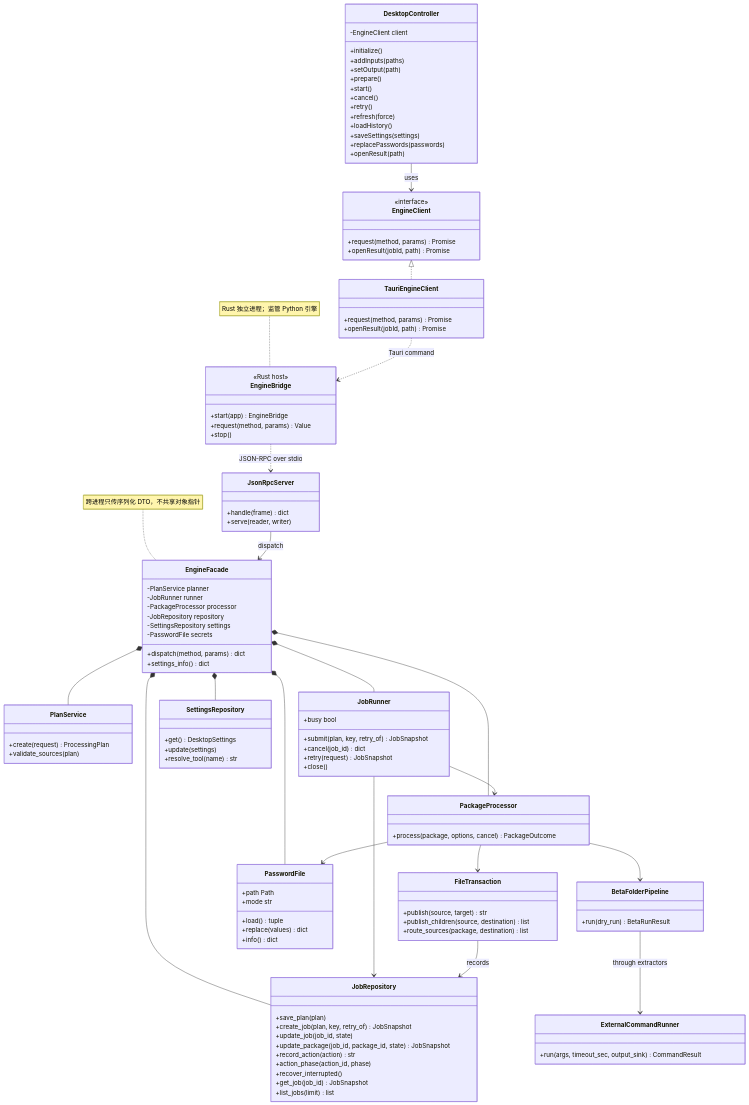
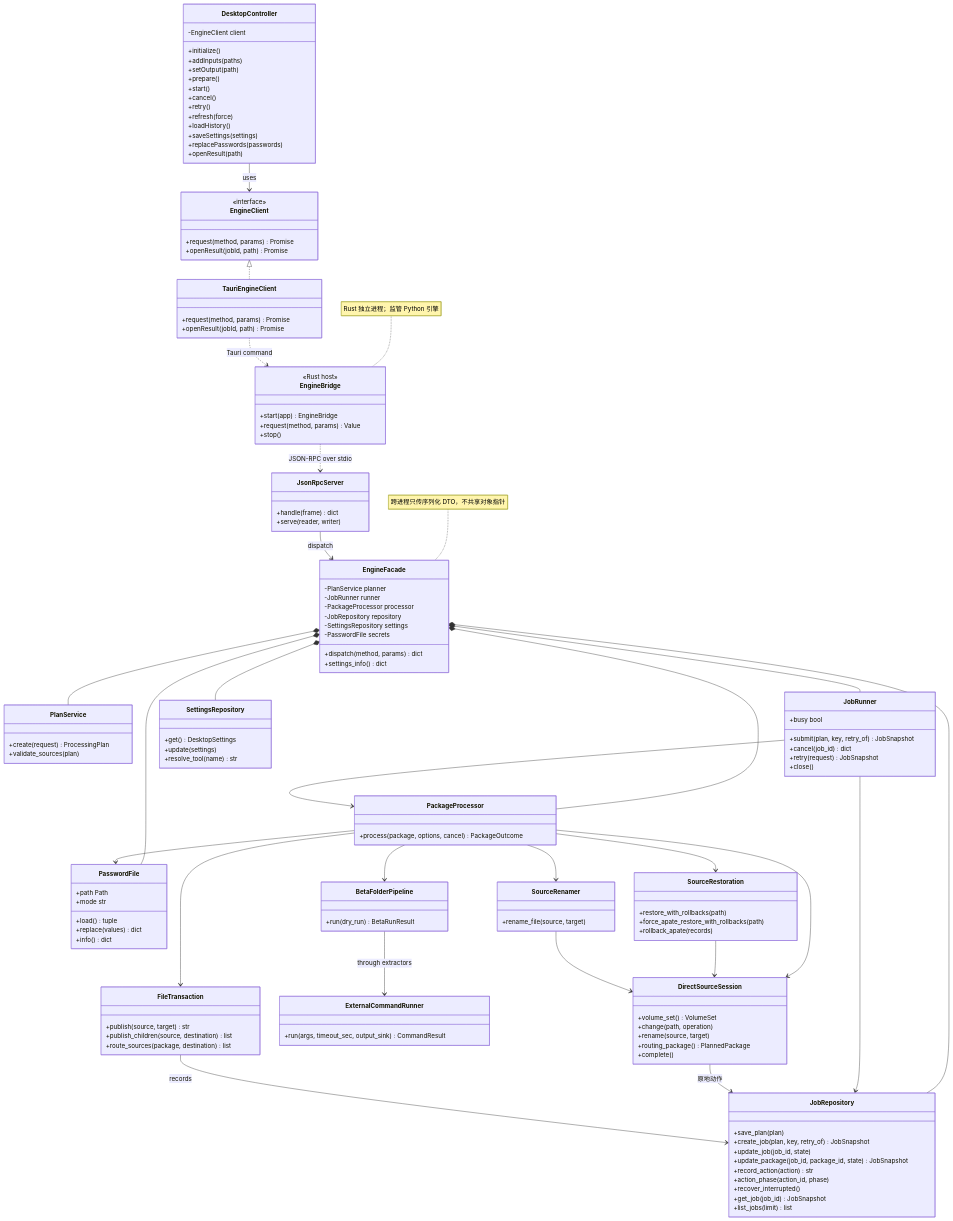
One commit to WOO-woo-Waf/reorder changed the diagram in docs/diagrams/classes.mmd. Above: the diagram before and after it, drawn with Mermaid. The commit also changed 31 other files, not shown here.

```diff
--- a/docs/diagrams/classes.mmd
+++ b/docs/diagrams/classes.mmd
@@ -1,113 +1,134 @@
 classDiagram
   class EngineClient {
     <<interface>>
     +request(method, params) Promise
     +openResult(jobId, path) Promise
   }
   class TauriEngineClient {
     +request(method, params) Promise
     +openResult(jobId, path) Promise
   }
   class DesktopController {
     -EngineClient client
     +initialize()
     +addInputs(paths)
     +setOutput(path)
     +prepare()
     +start()
     +cancel()
     +retry()
     +refresh(force)
     +loadHistory()
     +saveSettings(settings)
     +replacePasswords(passwords)
     +openResult(path)
   }
   class EngineBridge {
     <<Rust host>>
     +start(app) EngineBridge
     +request(method, params) Value
     +stop()
   }
   class JsonRpcServer {
     +handle(frame) dict
     +serve(reader, writer)
   }
   class EngineFacade {
     -PlanService planner
     -JobRunner runner
     -PackageProcessor processor
     -JobRepository repository
     -SettingsRepository settings
     -PasswordFile secrets
     +dispatch(method, params) dict
     +settings_info() dict
   }
   class PlanService {
     +create(request) ProcessingPlan
     +validate_sources(plan)
   }
   class JobRunner {
     +submit(plan, key, retry_of) JobSnapshot
     +cancel(job_id) dict
     +retry(request) JobSnapshot
     +busy bool
     +close()
   }
   class PackageProcessor {
     +process(package, options, cancel) PackageOutcome
   }
   class FileTransaction {
     +publish(source, target) str
     +publish_children(source, destination) list
     +route_sources(package, destination) list
   }
   class JobRepository {
     +save_plan(plan)
     +create_job(plan, key, retry_of) JobSnapshot
     +update_job(job_id, state)
     +update_package(job_id, package_id, state) JobSnapshot
     +record_action(action) str
     +action_phase(action_id, phase)
     +recover_interrupted()
     +get_job(job_id) JobSnapshot
     +list_jobs(limit) list
   }
   class SettingsRepository {
     +get() DesktopSettings
     +update(settings)
     +resolve_tool(name) str
   }
   class PasswordFile {
     +load() tuple
     +replace(values) dict
     +info() dict
     +path Path
     +mode str
   }
   class ExternalCommandRunner {
     +run(args, timeout_sec, output_sink) CommandResult
   }
   class BetaFolderPipeline {
     +run(dry_run) BetaRunResult
   }
+  class DirectSourceSession {
+    +volume_set() VolumeSet
+    +change(path, operation)
+    +rename(source, target)
+    +routing_package() PlannedPackage
+    +complete()
+  }
+  class SourceRestoration {
+    +restore_with_rollbacks(path)
+    +force_apate_restore_with_rollbacks(path)
+    +rollback_apate(records)
+  }
+  class SourceRenamer {
+    +rename_file(source, target)
+  }
   EngineClient <|.. TauriEngineClient
   DesktopController --> EngineClient : uses
   TauriEngineClient ..> EngineBridge : Tauri command
   EngineBridge ..> JsonRpcServer : JSON-RPC over stdio
   JsonRpcServer --> EngineFacade : dispatch
   EngineFacade *-- PlanService
   EngineFacade *-- JobRunner
   EngineFacade *-- PackageProcessor
   EngineFacade *-- JobRepository
   EngineFacade *-- SettingsRepository
   EngineFacade *-- PasswordFile
   JobRunner --> PackageProcessor
   JobRunner --> JobRepository
   PackageProcessor --> BetaFolderPipeline
   PackageProcessor --> FileTransaction
+  PackageProcessor --> DirectSourceSession
+  PackageProcessor --> SourceRestoration
+  PackageProcessor --> SourceRenamer
+  SourceRestoration --> DirectSourceSession
+  SourceRenamer --> DirectSourceSession
+  DirectSourceSession --> JobRepository : 原地动作
   PackageProcessor --> PasswordFile
   FileTransaction --> JobRepository : records
   BetaFolderPipeline --> ExternalCommandRunner : through extractors
   note for EngineBridge "Rust 独立进程；监管 Python 引擎"
   note for EngineFacade "跨进程只传序列化 DTO，不共享对象指针"
```
